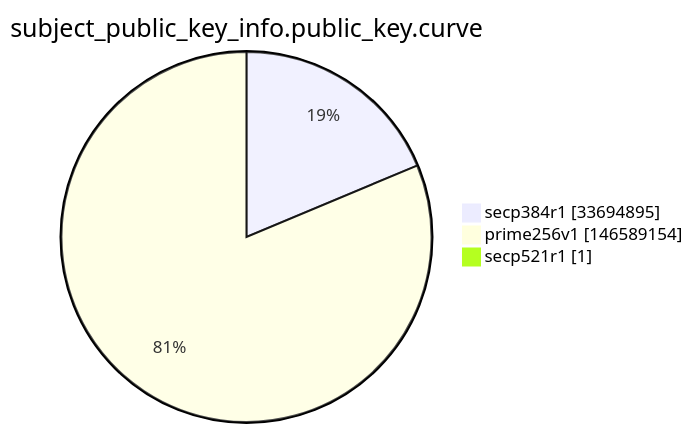
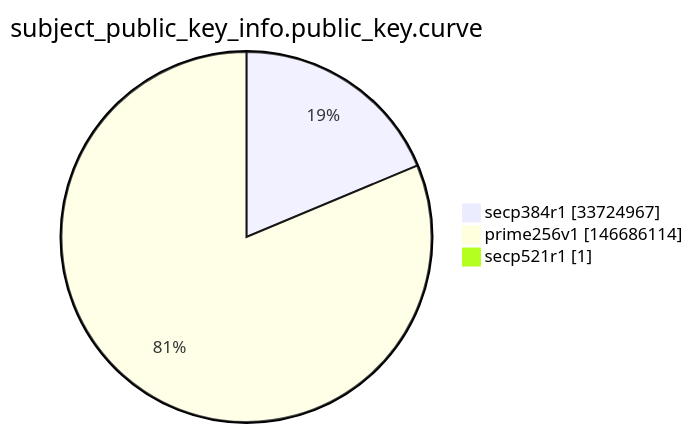
One commit to christiankrug/ctmonitor_visualization changed the ninth of 15 diagrams in argon2022/README.md. Above: the diagram before and after it, drawn with Mermaid. The commit also changed other lines of this file, not shown here.

````diff
--- a/argon2022/README.md
+++ b/argon2022/README.md
@@ -2764,7 +2764,7 @@
 ```mermaid
 pie showData
 title subject_public_key_info.public_key.curve
-"secp384r1" :33694895
-"prime256v1" :146589154
+"secp384r1" :33724967
+"prime256v1" :146686114
 "secp521r1" :1
 ```
````
